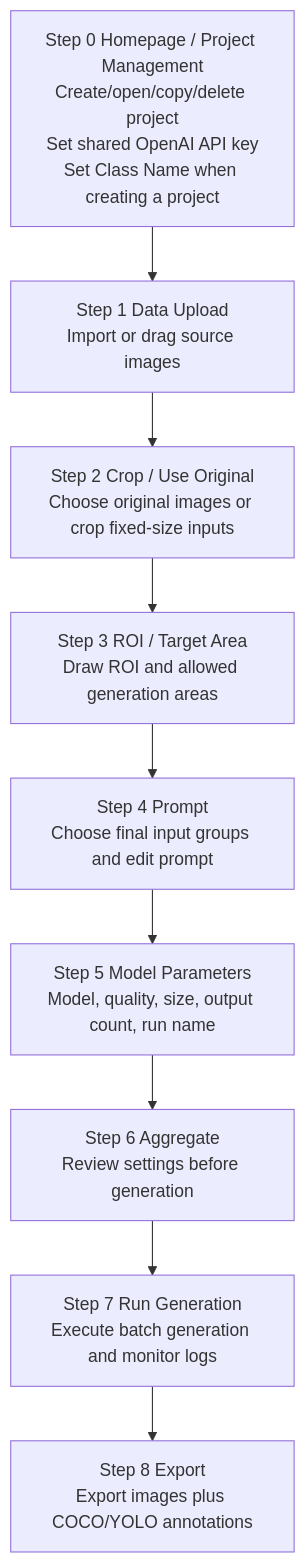
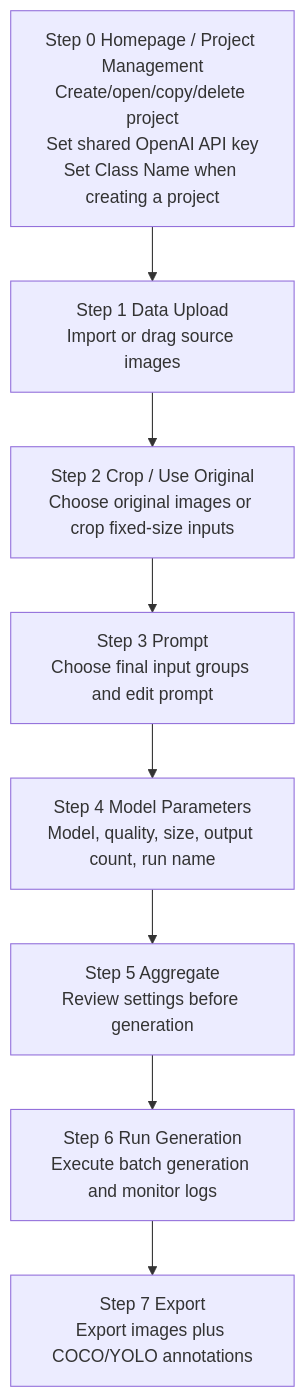
Before and after one commit to tku411770448/GPT-GenImage-UI-Food: the diagram in README.md, drawn with Mermaid. The commit also changed other lines of this file and 5 other files, not shown here.

Commit message:
Remove Target Area prompt workflow

````diff
--- a/README.md
+++ b/README.md
@@ -66,14 +66,13 @@
 ```mermaid
 flowchart TD
     A[Step 0 Homepage / Project Management\nCreate/open/copy/delete project\nSet shared OpenAI API key\nSet Class Name when creating a project]
     B[Step 1 Data Upload\nImport or drag source images]
     C[Step 2 Crop / Use Original\nChoose original images or crop fixed-size inputs]
-    D[Step 3 ROI / Target Area\nDraw ROI and allowed generation areas]
-    E[Step 4 Prompt\nChoose final input groups and edit prompt]
-    F[Step 5 Model Parameters\nModel, quality, size, output count, run name]
-    G[Step 6 Aggregate\nReview settings before generation]
-    H[Step 7 Run Generation\nExecute batch generation and monitor logs]
-    I[Step 8 Export\nExport images plus COCO/YOLO annotations]
+    D[Step 3 Prompt\nChoose final input groups and edit prompt]
+    E[Step 4 Model Parameters\nModel, quality, size, output count, run name]
+    F[Step 5 Aggregate\nReview settings before generation]
+    G[Step 6 Run Generation\nExecute batch generation and monitor logs]
+    H[Step 7 Export\nExport images plus COCO/YOLO annotations]
 
-    A --> B --> C --> D --> E --> F --> G --> H --> I
+    A --> B --> C --> D --> E --> F --> G --> H
 ```
````
